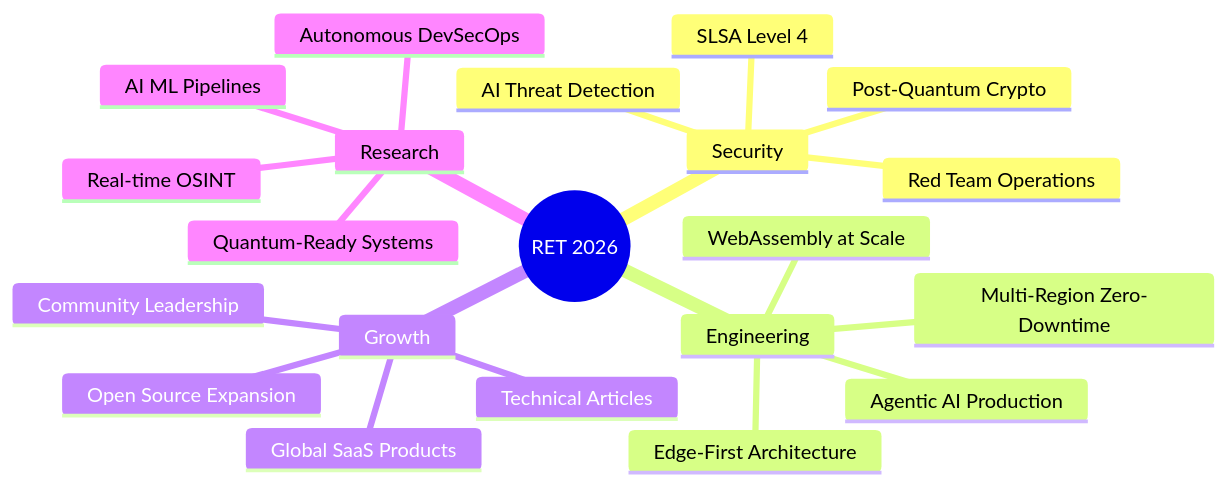
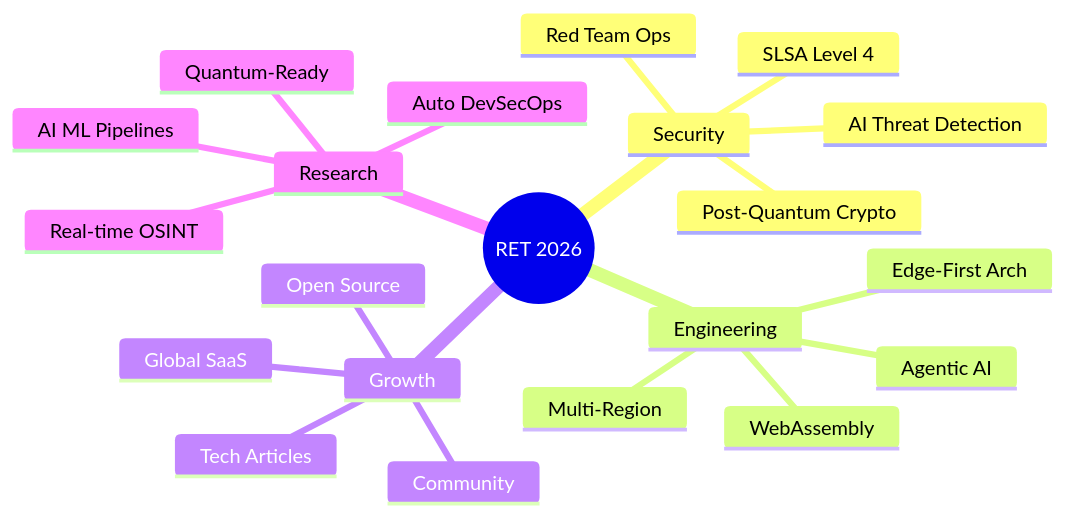
The diagram in README.md (glferreira-devsecops/glferreira-devsecops), drawn with Mermaid before and after one commit. The commit also changed other lines of this file, not shown here.

````diff
--- a/README.md
+++ b/README.md
@@ -319,24 +326,24 @@
 ```mermaid
 mindmap
   root((RET 2026))
     Security
-      Red Team Operations
+      Red Team Ops
       AI Threat Detection
       Post-Quantum Crypto
       SLSA Level 4
     Engineering
-      Edge-First Architecture
-      WebAssembly at Scale
-      Agentic AI Production
-      Multi-Region Zero-Downtime
+      Edge-First Arch
+      WebAssembly
+      Agentic AI
+      Multi-Region
     Growth
-      Global SaaS Products
-      Open Source Expansion
-      Technical Articles
-      Community Leadership
+      Global SaaS
+      Open Source
+      Tech Articles
+      Community
     Research
       AI ML Pipelines
-      Quantum-Ready Systems
-      Autonomous DevSecOps
+      Quantum-Ready
+      Auto DevSecOps
       Real-time OSINT
 ```
````
